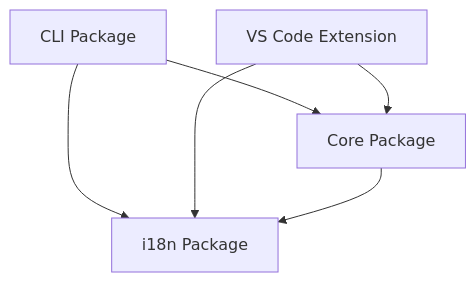
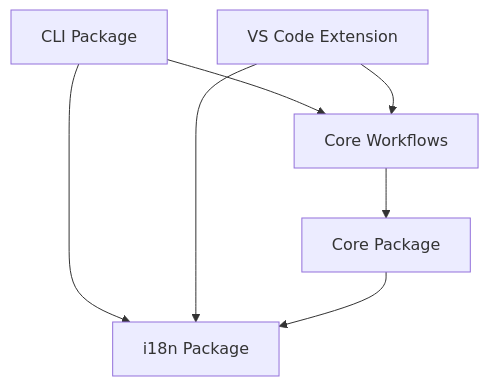
The first of 2 diagrams in docs/ARCHITECTURE.md (YagoBorba/StackCode), drawn with Mermaid before and after one commit. The commit also changed other lines of this file and 11 other files, not shown here.

First line of the commit message:
🏗️ refactor: modularize workflow architecture into domain-specific modules

````diff
--- a/docs/ARCHITECTURE.md
+++ b/docs/ARCHITECTURE.md
@@ -182,8 +285,9 @@
 ```mermaid
 graph TD
-    A[CLI Package] --> C[Core Package]
+    A[CLI Package] --> E[Core Workflows]
+    B[VS Code Extension] --> E
+    E[Core Workflows] --> C[Core Package]
     A --> D[i18n Package]
-    B[VS Code Extension] --> C
     B --> D
     C --> D
 ```
````
